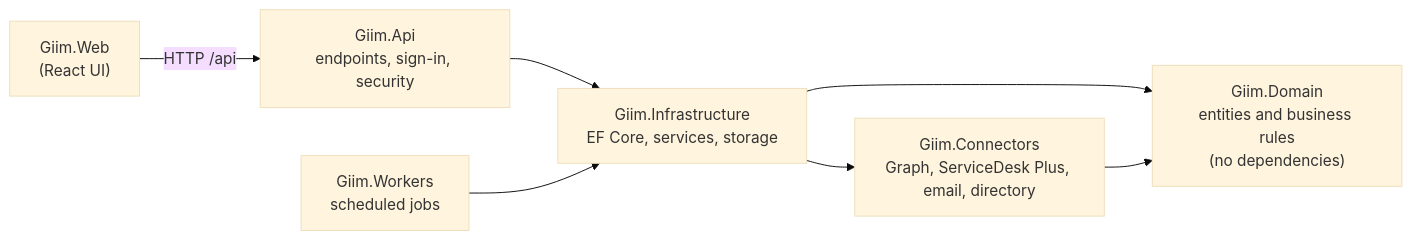
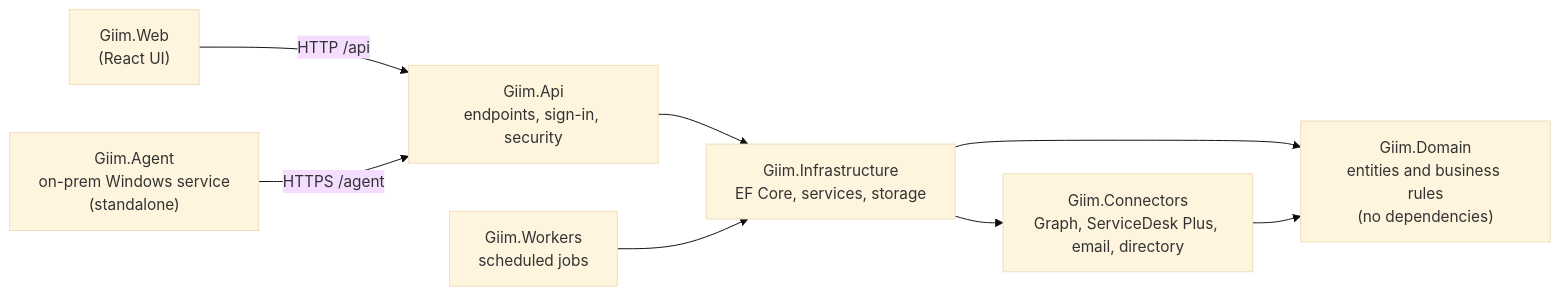
Before and after one commit to harrywardy-cmd/GIIM: the first of 4 diagrams in docs/design.md, drawn with Mermaid (base theme). The commit also changed other lines of this file and 58 other files, not shown here.

First line of the commit message:
feat(automation): starter automation through an on-prem agent, with a stand-in directory

````diff
--- a/docs/design.md
+++ b/docs/design.md
@@ -52,10 +53,11 @@
 ```mermaid
 flowchart LR
   Web["Giim.Web<br/>(React UI)"] -- "HTTP /api" --> Api
   Api["Giim.Api<br/>endpoints, sign-in, security"] --> Infra
   Workers["Giim.Workers<br/>scheduled jobs"] --> Infra
   Infra["Giim.Infrastructure<br/>EF Core, services, storage"] --> Connectors
   Infra --> Domain
   Connectors["Giim.Connectors<br/>Graph, ServiceDesk Plus, email, directory"] --> Domain
   Domain["Giim.Domain<br/>entities and business rules<br/>(no dependencies)"]
+  Agent["Giim.Agent<br/>on-prem Windows service<br/>(standalone)"] -- "HTTPS /agent" --> Api
 ```
````
